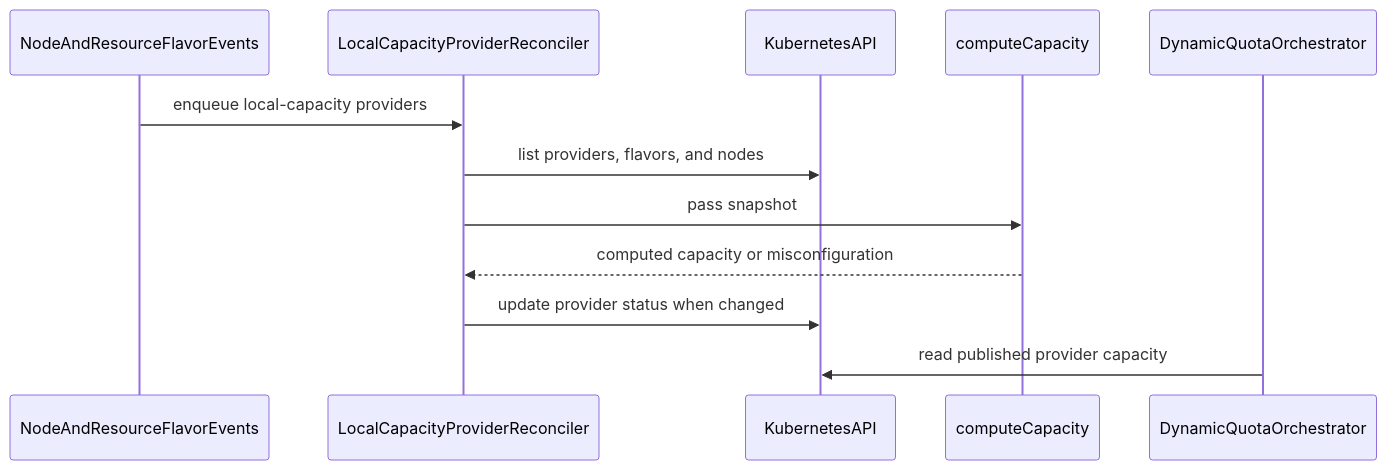
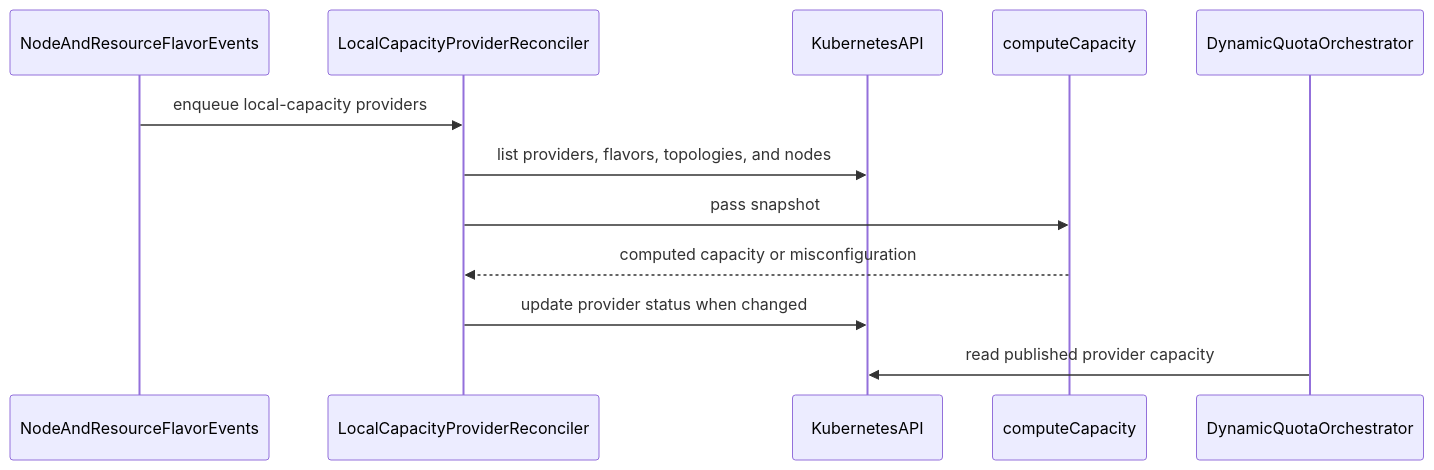
Before and after one commit to reruno/kueue-llm-wiki: the diagram in raw/github/kubernetes-sigs__kueue/pr-16080.md, drawn with Mermaid. The commit also changed other lines of this file and 952 other files, not shown here.

````diff
--- a/raw/github/kubernetes-sigs__kueue/pr-16080.md
+++ b/raw/github/kubernetes-sigs__kueue/pr-16080.md
@@ -165,14 +113,14 @@
 ```mermaid
 sequenceDiagram
   participant NodeAndResourceFlavorEvents
   participant LocalCapacityProviderReconciler
   participant KubernetesAPI
   participant computeCapacity
   participant DynamicQuotaOrchestrator
   NodeAndResourceFlavorEvents->>LocalCapacityProviderReconciler: enqueue local-capacity providers
-  LocalCapacityProviderReconciler->>KubernetesAPI: list providers, flavors, and nodes
+  LocalCapacityProviderReconciler->>KubernetesAPI: list providers, flavors, topologies, and nodes
   LocalCapacityProviderReconciler->>computeCapacity: pass snapshot
   computeCapacity-->>LocalCapacityProviderReconciler: computed capacity or misconfiguration
   LocalCapacityProviderReconciler->>KubernetesAPI: update provider status when changed
   DynamicQuotaOrchestrator->>KubernetesAPI: read published provider capacity
 ```
````
